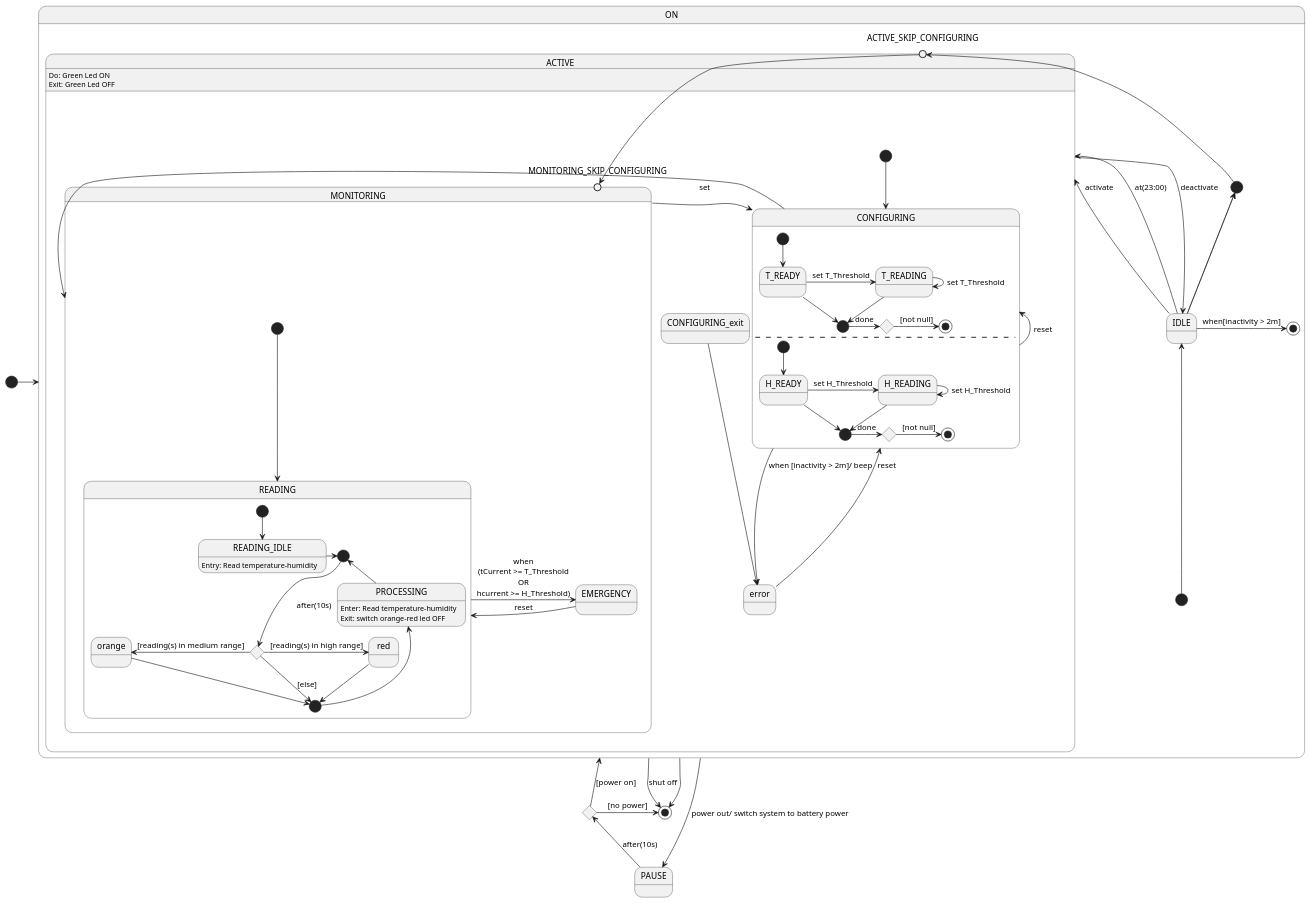
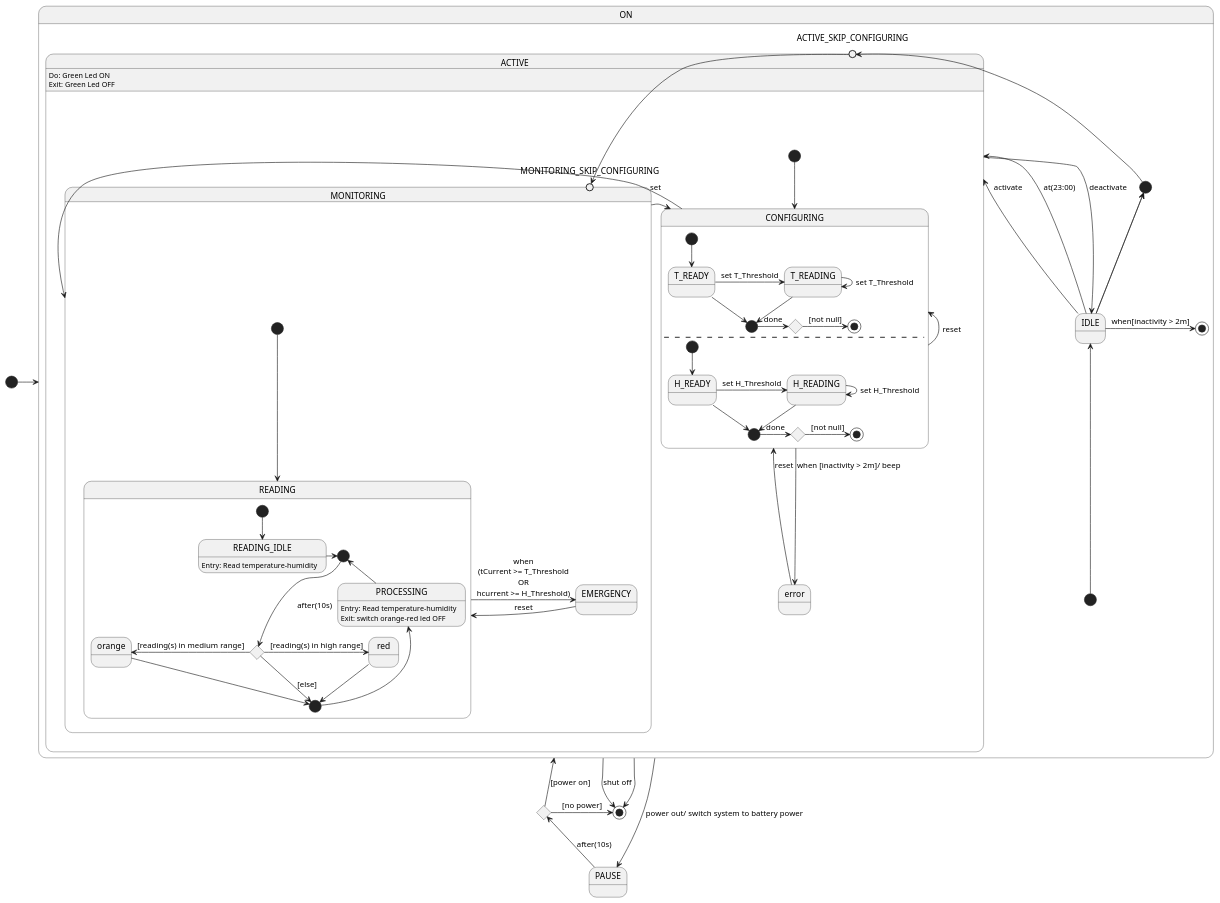
One commit to sfhelmet/Converter changed the diagram in resources/PUML/temp_hum.puml. Above: the diagram before and after it, drawn with PlantUML. The commit also changed 1 other file, not shown here.

```diff
--- a/resources/PUML/temp_hum.puml
+++ b/resources/PUML/temp_hum.puml
@@ -1,90 +1,89 @@
 @startuml "Temperature and Humidity Detector"
 state ON {
     state IDLE
     state ACTIVE {
         state error
         state ACTIVE_SKIP_CONFIGURING <<entryPoint>>
         state CONFIGURING {
             state T_READY
             state T_READING
             state j4 <<start>>
             state c3 <<choice>>
 
             [*] --> T_READY
             T_READY -> T_READING: set T_Threshold
             T_READY --> j4
             T_READING -> T_READING: set T_Threshold
             T_READING --> j4
             j4 -> c3: done
             c3 -> [*]: [not null]
             --
             state H_READY
             state H_READING
             state j5 <<start>>
             state c4 <<choice>>
 
             [*] --> H_READY
             H_READY -> H_READING: set H_Threshold
             H_READY --> j5
             H_READING -> H_READING: set H_Threshold
             H_READING --> j5
             j5 -> c4: done
             c4 -> [*]: [not null]
         }
         ACTIVE: Do: Green Led ON\nExit: Green Led OFF
         state MONITORING {
             state MONITORING_SKIP_CONFIGURING <<entryPoint>>
             state READING {
                 state j2 <<start>>
                 state j3 <<start>>
                 state c2 <<choice>>
                 state READING_IDLE: Entry: Read temperature-humidity
-                state PROCESSING: Enter: Read temperature-humidity\nExit: switch orange-red led OFF
+                state PROCESSING: Entry: Read temperature-humidity\nExit: switch orange-red led OFF
 
                 [*] --> READING_IDLE
                 READING_IDLE -> j2
                 PROCESSING -l-> j2
                 j2 --> c2: after(10s)
                 c2 --> j3: [else]
                 c2 -l-> orange: [reading(s) in medium range]
                 c2 -> red: [reading(s) in high range]
                 orange --> j3
                 red --> j3
                 j3 -u-> PROCESSING
             }
             state EMERGENCY
             [*] --> READING
             READING -> EMERGENCY : when\n(tCurrent >= T_Threshold\nOR\nhcurrent >= H_Threshold)
             EMERGENCY -l-> READING : reset
         }
-        CONFIGURING_exit --> error
         ACTIVE_SKIP_CONFIGURING --> MONITORING_SKIP_CONFIGURING
         CONFIGURING --> error: when [inactivity > 2m]/ beep
         error -u-> CONFIGURING: reset
         [*] --> CONFIGURING
         CONFIGURING -l-> CONFIGURING: reset
         CONFIGURING -l-> MONITORING
         MONITORING -> CONFIGURING: set
     }
     state j1 <<start>>
 
     [*] -u-> IDLE
     IDLE -l-> j1 : [configured] activate without configuring
     IDLE -l-> j1 : [configured] at(06:00)
     IDLE -u-> ACTIVE : activate
     IDLE -u-> ACTIVE : at(23:00)
     ACTIVE --> IDLE : deactivate
     IDLE -> [*] : when[inactivity > 2m]
     j1 -u-> ACTIVE_SKIP_CONFIGURING
 }   
 state PAUSE
 state c1 <<choice>>
 [*] -> ON
 ON -> [*] : shut off
 ON -> [*]
 ON -l-> PAUSE : power out/ switch system to battery power
 PAUSE -u-> c1 : after(10s)
 c1 -u-> ON : [power on]
 c1 -> [*] : [no power]
 
 @enduml
```
